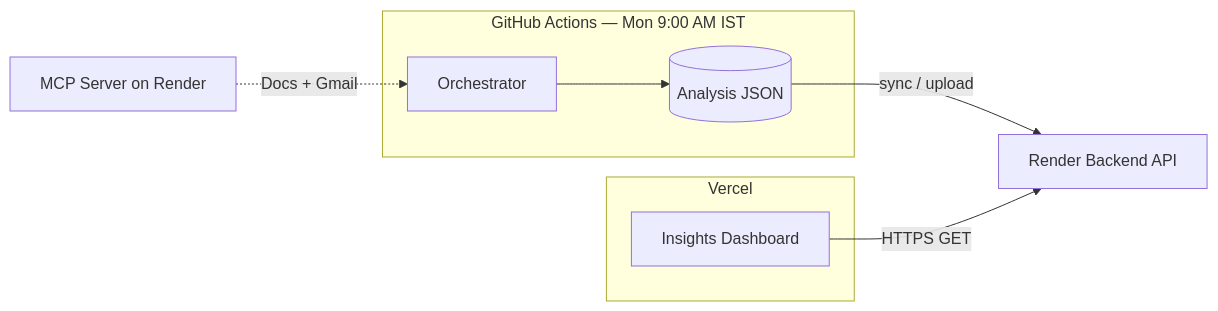
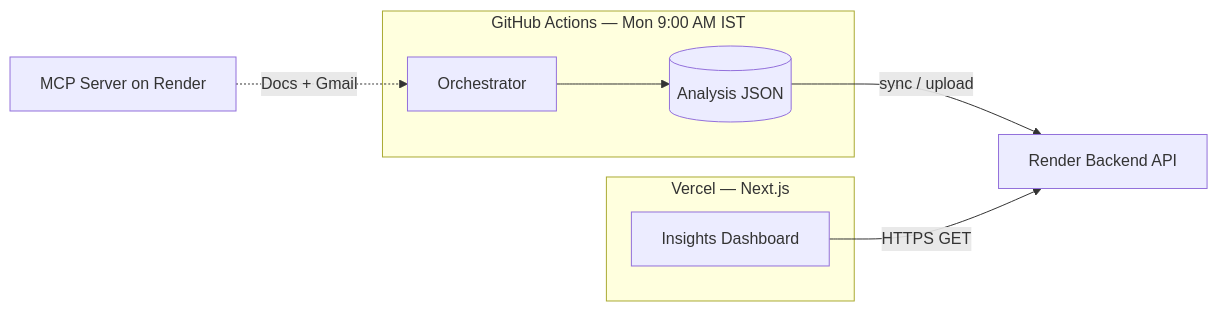
The third of 4 diagrams in docs/architecture.md (tejas2904-RM/Ai-agent-Mcp), drawn with Mermaid before and after one commit. The commit also changed other lines of this file and 33 other files, not shown here.

First line of the commit message:
Add Phase 10 Next.js insights dashboard on Vercel.

````diff
--- a/docs/architecture.md
+++ b/docs/architecture.md
@@ -175,12 +199,12 @@
 ```mermaid
 flowchart LR
     subgraph CI["GitHub Actions — Mon 9:00 AM IST"]
         O[Orchestrator] --> Artifacts[(Analysis JSON)]
     end
     Artifacts -->|sync / upload| API[Render Backend API]
-    subgraph Vercel["Vercel"]
+    subgraph Vercel["Vercel — Next.js"]
         UI[Insights Dashboard]
     end
     UI -->|HTTPS GET| API
     MCP[MCP Server on Render] -. Docs + Gmail .-> O
 ```
````
